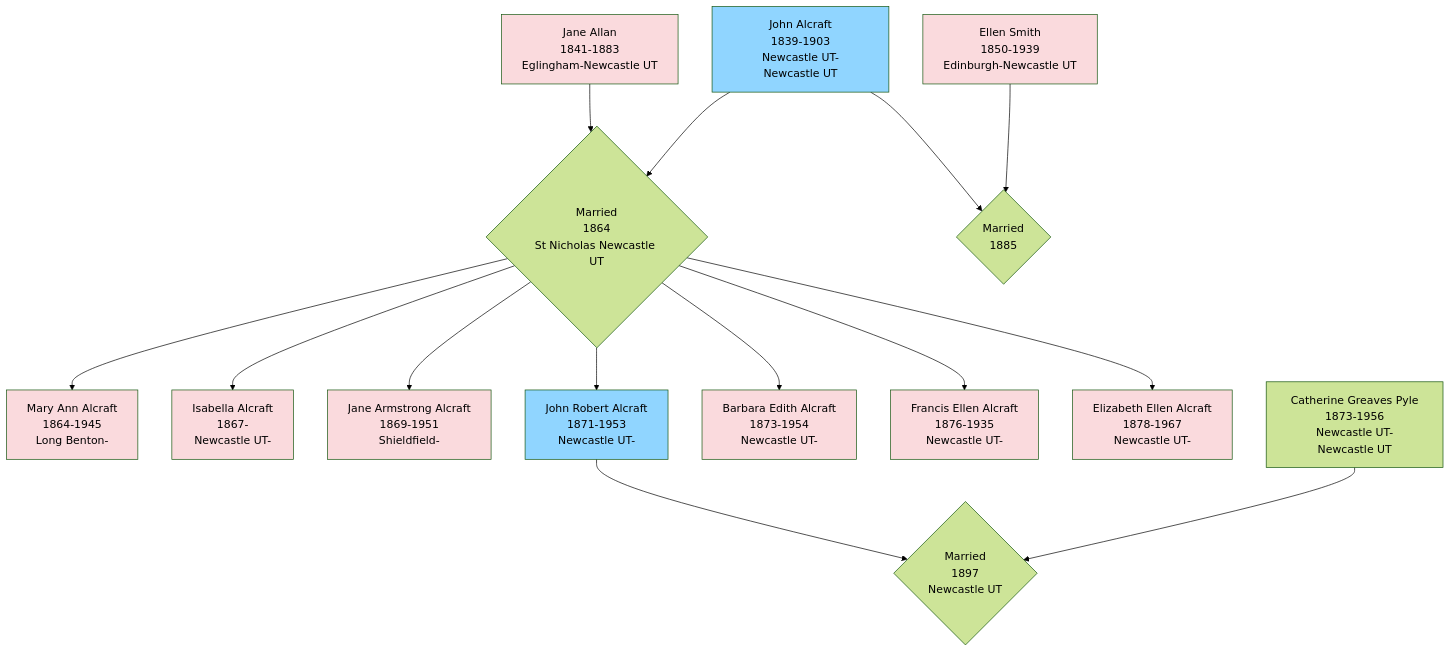
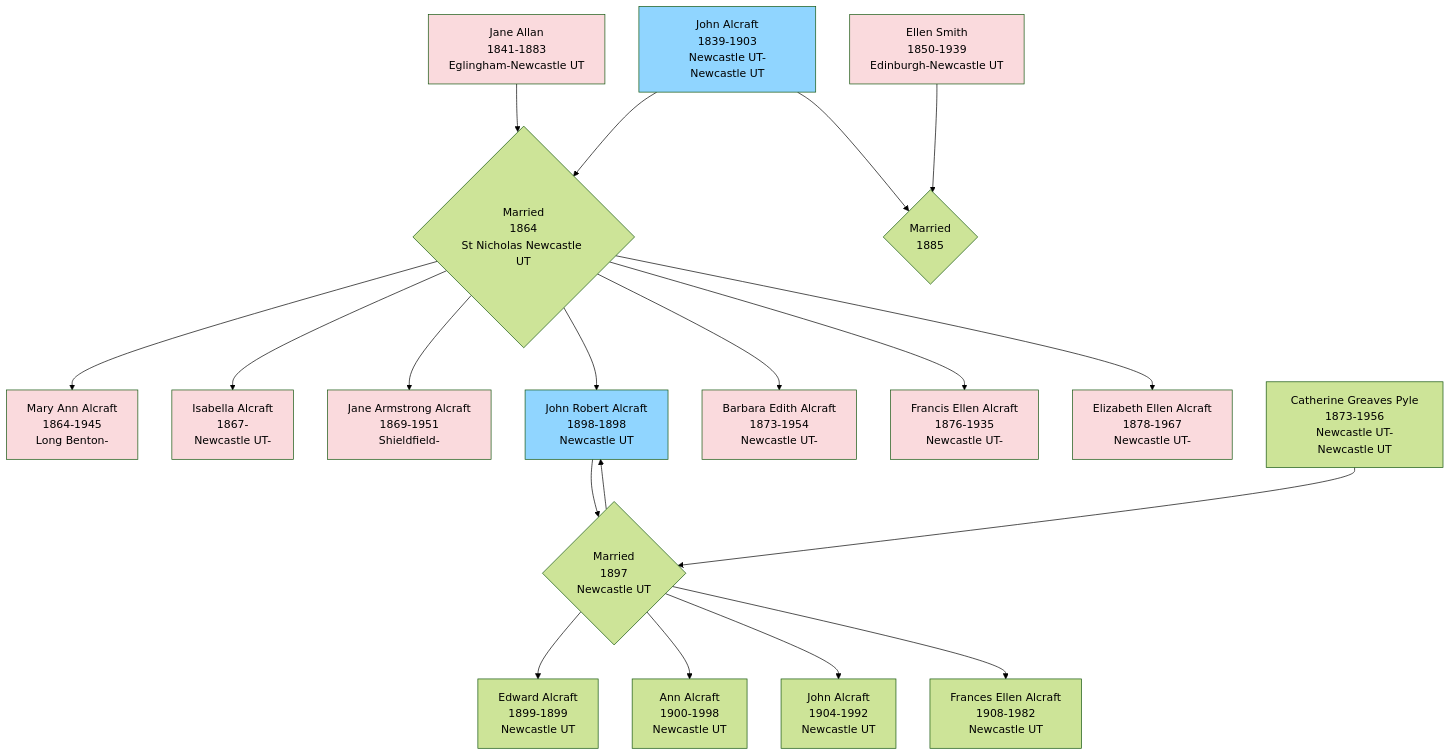
Before and after one commit to RachelAlcraft/family-tree: the diagram in docs/index.md, drawn with Mermaid (forest theme).

````diff
--- a/docs/index.md
+++ b/docs/index.md
@@ -6,34 +6,39 @@
 ``` mermaid
 flowchart TD  
 JA1[John Alcraft\n1839-1903\nNewcastle UT-Newcastle UT] --> JAJA{Married\n1864\nSt Nicholas Newcastle UT};
 JA2[Jane Allan\n1841-1883\nEglingham-Newcastle UT] --> JAJA;
 ES[Ellen Smith\n1850-1939\nEdinburgh-Newcastle UT] --> JAES{Married\n1885};
 JA1 --> JAES
 JAJA -->MAA[Mary Ann Alcraft\n1864-1945\nLong Benton-];
 JAJA -->IA[Isabella Alcraft\n1867-\nNewcastle UT-];
 JAJA -->JAA[Jane Armstrong Alcraft\n1869-1951\nShieldfield-];
 JAJA -->JRA[John Robert Alcraft\n1871-1953\nNewcastle UT-];
 JAJA -->BEA[Barbara Edith Alcraft\n1873-1954\nNewcastle UT-];
 JAJA -->FEA[Francis Ellen Alcraft\n1876-1935\nNewcastle UT-];
 JAJA -->EEA[Elizabeth Ellen Alcraft\n1878-1967\nNewcastle UT-];
 JRA --> JRACGP{Married\n1897\nNewcastle UT};
 CGP[Catherine Greaves Pyle\n1873-1956\nNewcastle UT-Newcastle UT];
 CGP --> JRACGP;
+JRACGP --> JRA[John Robert Alcraft\n1898-1898\nNewcastle UT];
+JRACGP --> EA[Edward Alcraft\n1899-1899\nNewcastle UT];
+JRACGP --> AA[Ann Alcraft\n1900-1998\nNewcastle UT];
+JRACGP --> JA3[John Alcraft\n1904-1992\nNewcastle UT];
+JRACGP --> FEA2[Frances Ellen Alcraft\n1908-1982\nNewcastle UT];
 
 style JA1 fill:#90d5ff
 click JA1 "jones" "JA1"
 style JRA fill:#90d5ff
 
 style JA2 fill:#FADADD
 click JA2 "jones" "JA2"
 style ES fill:#FADADD
 style MAA fill:#FADADD
 style IA fill:#FADADD
 style JAA fill:#FADADD
 style BEA fill:#FADADD
 style FEA fill:#FADADD
 style EEA fill:#FADADD
 
 
 
 ```
````
